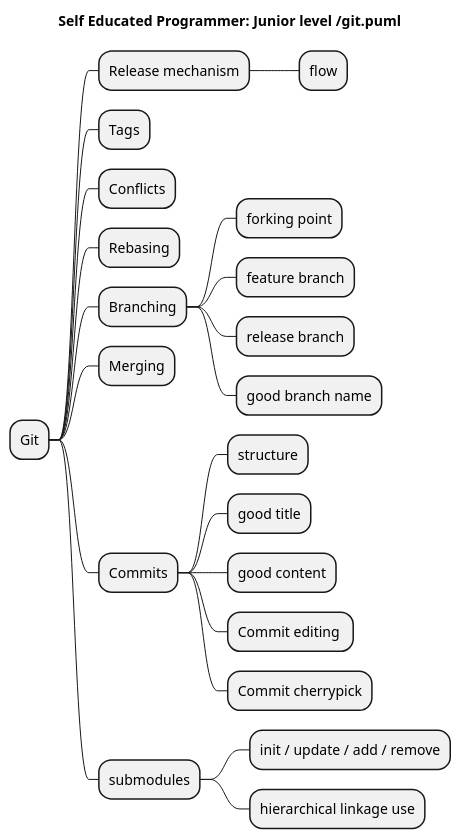
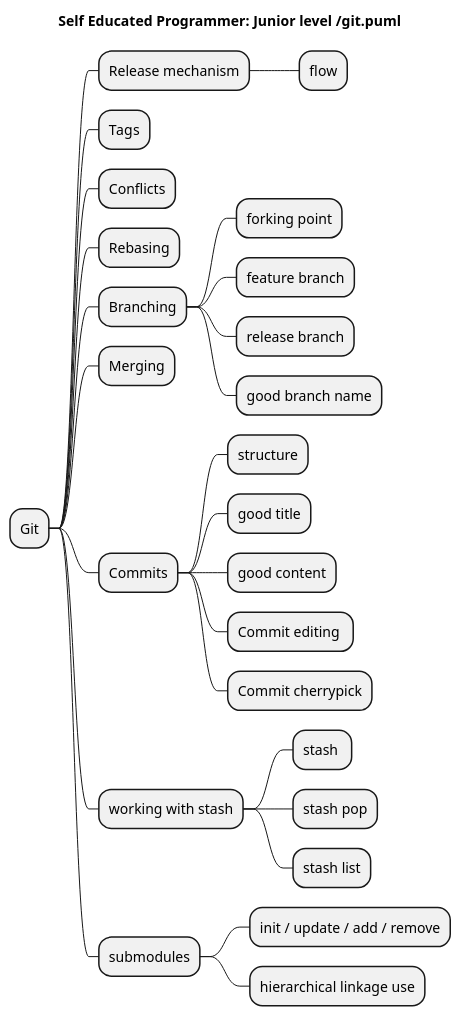
The diagram in src/git.puml (SmartSoftDev/self_educated_software_programmer_path), drawn with PlantUML before and after one commit.

Commit message:
add git stash

```diff
--- a/src/git.puml
+++ b/src/git.puml
@@ -1,25 +1,29 @@
 @startmindmap
 title Self Educated Programmer: Junior level /git.puml
 
 * Git
 ** Release mechanism
 *** flow
 ** Tags
 ** Conflicts
 ** Rebasing
 ** Branching
 *** forking point
 *** feature branch
 *** release branch
 *** good branch name
 ** Merging
 ** Commits
 *** structure
 *** good title
 *** good content
 *** Commit editing 
 *** Commit cherrypick
+** working with stash
+*** stash 
+*** stash pop
+*** stash list
 ** submodules
 *** init / update / add / remove
 *** hierarchical linkage use
 @endmindmap
```
